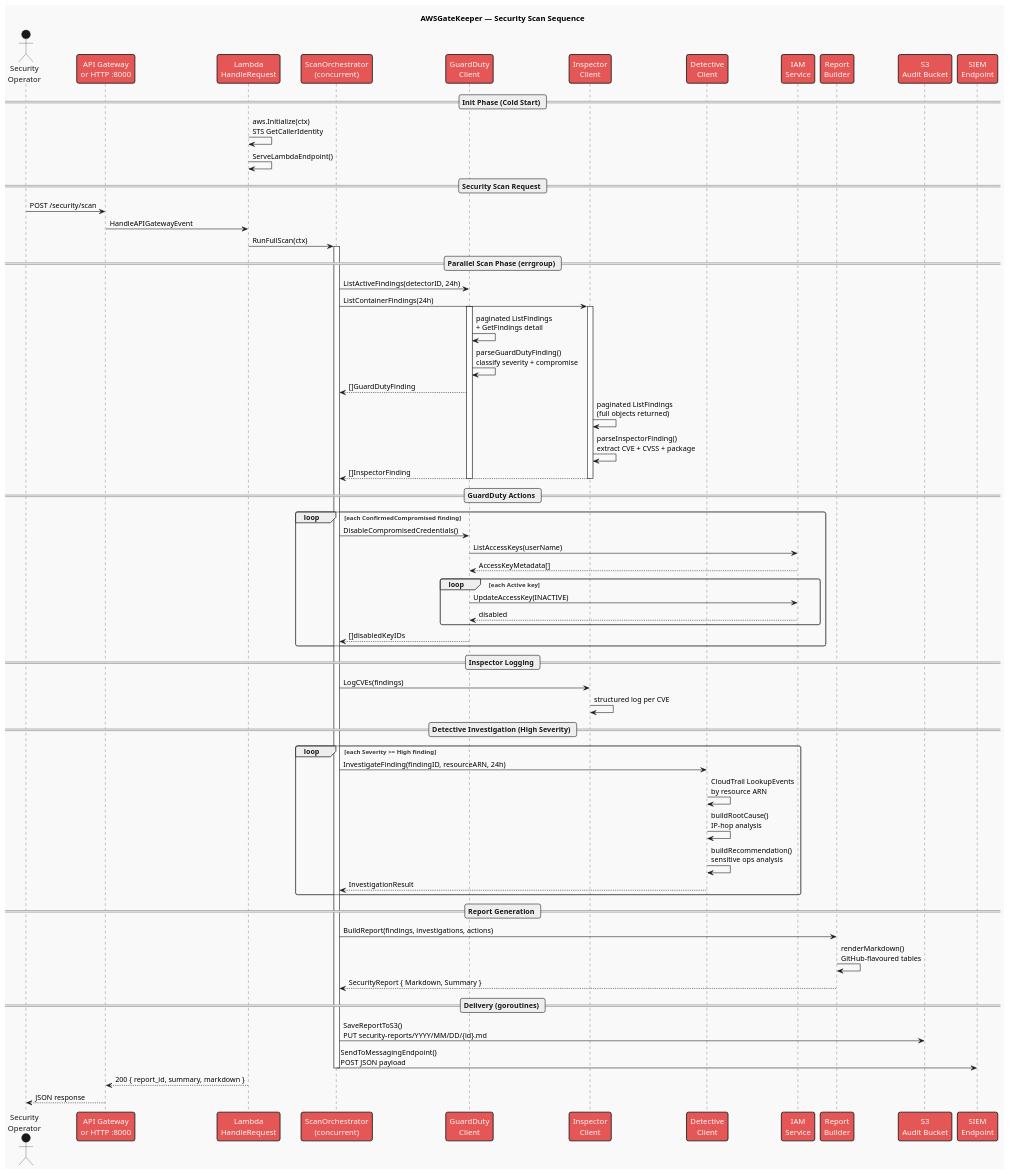
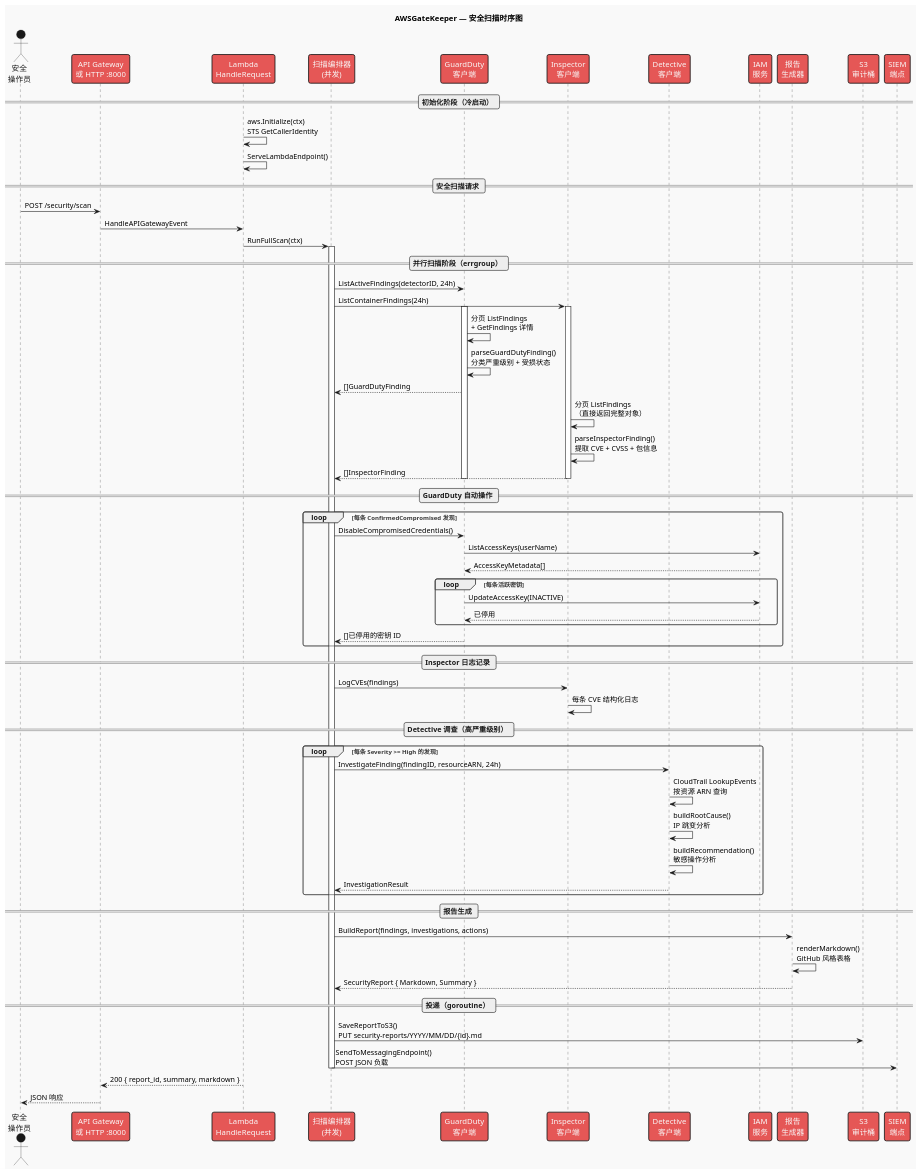
Before and after one commit to ctkqiang/AWSGateKeeper: the first of 3 diagrams in docs/SEQUENCE_ZH.puml, drawn with PlantUML. The commit also changed other lines of this file and 9 other files, not shown here.

First line of the commit message:
docs: 更新文档与架构图，重构webhook与事件处理代码

```diff
--- a/docs/SEQUENCE_ZH.puml
+++ b/docs/SEQUENCE_ZH.puml
@@ -1,84 +1,84 @@
 @startuml
 !theme mars
 
-title AWSGateKeeper — Security Scan Sequence
+title AWSGateKeeper — 安全扫描时序图
 
-actor "Security\nOperator" as op
-participant "API Gateway\nor HTTP :8000" as gw
+actor "安全\n操作员" as op
+participant "API Gateway\n或 HTTP :8000" as gw
 participant "Lambda\nHandleRequest" as lambda
-participant "ScanOrchestrator\n(concurrent)" as orch
-participant "GuardDuty\nClient" as gd
-participant "Inspector\nClient" as insp
-participant "Detective\nClient" as det
-participant "IAM\nService" as iam
-participant "Report\nBuilder" as report
-participant "S3\nAudit Bucket" as s3
-participant "SIEM\nEndpoint" as siem
+participant "扫描编排器\n(并发)" as orch
+participant "GuardDuty\n客户端" as gd
+participant "Inspector\n客户端" as insp
+participant "Detective\n客户端" as det
+participant "IAM\n服务" as iam
+participant "报告\n生成器" as report
+participant "S3\n审计桶" as s3
+participant "SIEM\n端点" as siem
 
-== Init Phase (Cold Start) ==
+== 初始化阶段（冷启动） ==
 lambda -> lambda : aws.Initialize(ctx)\nSTS GetCallerIdentity
 lambda -> lambda : ServeLambdaEndpoint()
 
-== Security Scan Request ==
+== 安全扫描请求 ==
 op -> gw : POST /security/scan
 gw -> lambda : HandleAPIGatewayEvent
 
 lambda -> orch : RunFullScan(ctx)
 activate orch
 
-== Parallel Scan Phase (errgroup) ==
+== 并行扫描阶段（errgroup） ==
 orch -> gd : ListActiveFindings(detectorID, 24h)
 orch -> insp : ListContainerFindings(24h)
 activate gd
 activate insp
 
-gd -> gd : paginated ListFindings\n+ GetFindings detail
-gd -> gd : parseGuardDutyFinding()\nclassify severity + compromise
+gd -> gd : 分页 ListFindings\n+ GetFindings 详情
+gd -> gd : parseGuardDutyFinding()\n分类严重级别 + 受损状态
 gd --> orch : []GuardDutyFinding
 
-insp -> insp : paginated ListFindings\n(full objects returned)
-insp -> insp : parseInspectorFinding()\nextract CVE + CVSS + package
+insp -> insp : 分页 ListFindings\n（直接返回完整对象）
+insp -> insp : parseInspectorFinding()\n提取 CVE + CVSS + 包信息
 insp --> orch : []InspectorFinding
 
 deactivate gd
 deactivate insp
 
-== GuardDuty Actions ==
-loop each ConfirmedCompromised finding
+== GuardDuty 自动操作 ==
+loop 每条 ConfirmedCompromised 发现
     orch -> gd : DisableCompromisedCredentials()
     gd -> iam : ListAccessKeys(userName)
     iam --> gd : AccessKeyMetadata[]
-    loop each Active key
+    loop 每条活跃密钥
         gd -> iam : UpdateAccessKey(INACTIVE)
-        iam --> gd : disabled
+        iam --> gd : 已停用
     end
-    gd --> orch : []disabledKeyIDs
+    gd --> orch : []已停用的密钥 ID
 end
 
-== Inspector Logging ==
+== Inspector 日志记录 ==
 orch -> insp : LogCVEs(findings)
-insp -> insp : structured log per CVE
+insp -> insp : 每条 CVE 结构化日志
 
-== Detective Investigation (High Severity) ==
-loop each Severity >= High finding
+== Detective 调查（高严重级别） ==
+loop 每条 Severity >= High 的发现
     orch -> det : InvestigateFinding(findingID, resourceARN, 24h)
-    det -> det : CloudTrail LookupEvents\nby resource ARN
-    det -> det : buildRootCause()\nIP-hop analysis
-    det -> det : buildRecommendation()\nsensitive ops analysis
+    det -> det : CloudTrail LookupEvents\n按资源 ARN 查询
+    det -> det : buildRootCause()\nIP 跳变分析
+    det -> det : buildRecommendation()\n敏感操作分析
     det --> orch : InvestigationResult
 end
 
-== Report Generation ==
+== 报告生成 ==
 orch -> report : BuildReport(findings, investigations, actions)
-report -> report : renderMarkdown()\nGitHub-flavoured tables
+report -> report : renderMarkdown()\nGitHub 风格表格
 report --> orch : SecurityReport { Markdown, Summary }
 
-== Delivery (goroutines) ==
+== 投递（goroutine） ==
 orch -> s3 : SaveReportToS3()\nPUT security-reports/YYYY/MM/DD/{id}.md
-orch -> siem : SendToMessagingEndpoint()\nPOST JSON payload
+orch -> siem : SendToMessagingEndpoint()\nPOST JSON 负载
 deactivate orch
 
 lambda --> gw : 200 { report_id, summary, markdown }
-gw --> op : JSON response
+gw --> op : JSON 响应
 
 @enduml
```
